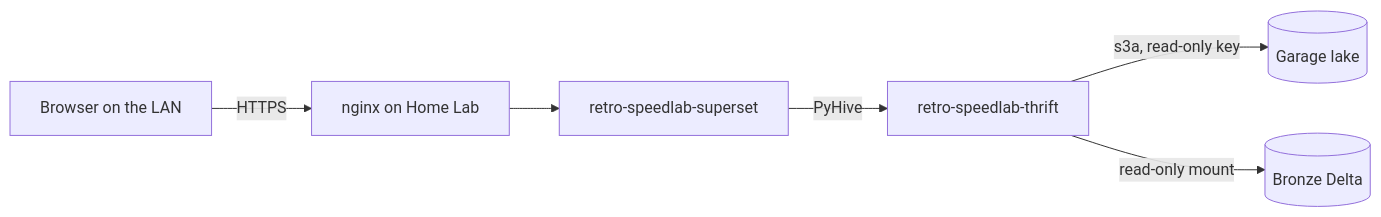
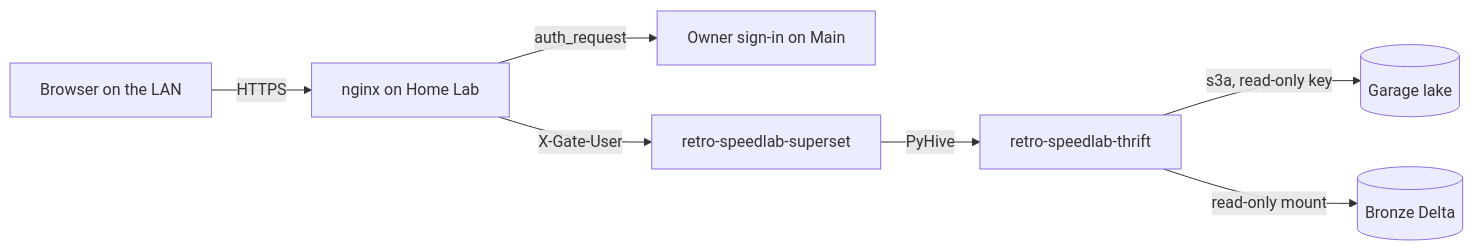
Before and after one commit to RetroSpeedLab/retro-speedlab-lakehouse: the second of 2 diagrams in README.md, drawn with Mermaid. The commit also changed other lines of this file and 10 other files, not shown here.

First line of the commit message:
feat(tools): Superset and GrowthBook on the LAN sit behind the owner's Discord sign-in again

````diff
--- a/README.md
+++ b/README.md
@@ -202,8 +202,9 @@
 ```mermaid
 flowchart LR
     browser[Browser on the LAN] -->|HTTPS| nginx[nginx on Home Lab]
-    nginx --> superset[retro-speedlab-superset]
+    nginx -->|auth_request| sso[Owner sign-in on Main]
+    nginx -->|X-Gate-User| superset[retro-speedlab-superset]
     superset -->|PyHive| thrift[retro-speedlab-thrift]
     thrift -->|s3a, read-only key| lake[(Garage lake)]
     thrift -->|read-only mount| bronze[(Bronze Delta)]
 ```
````
